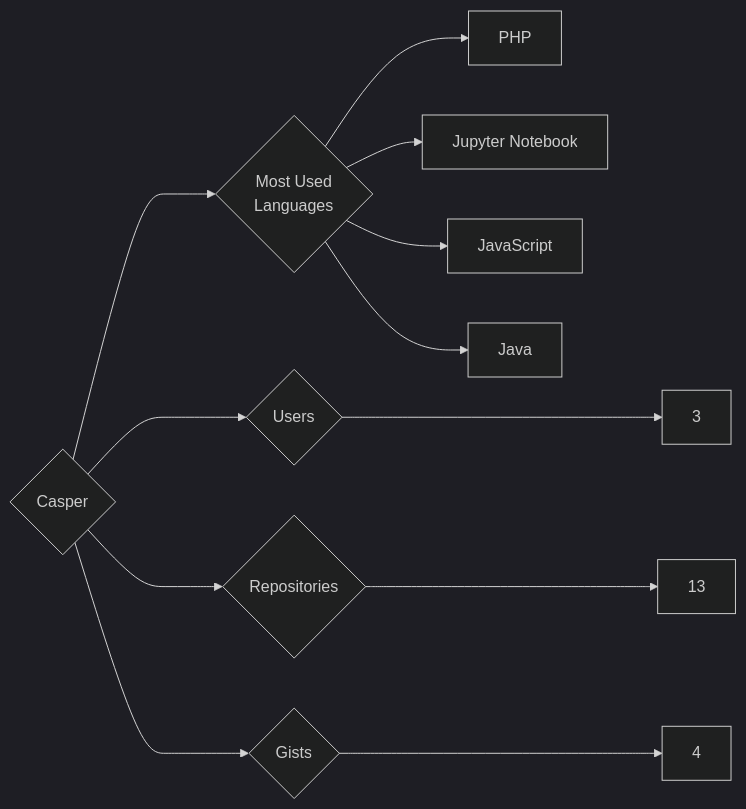
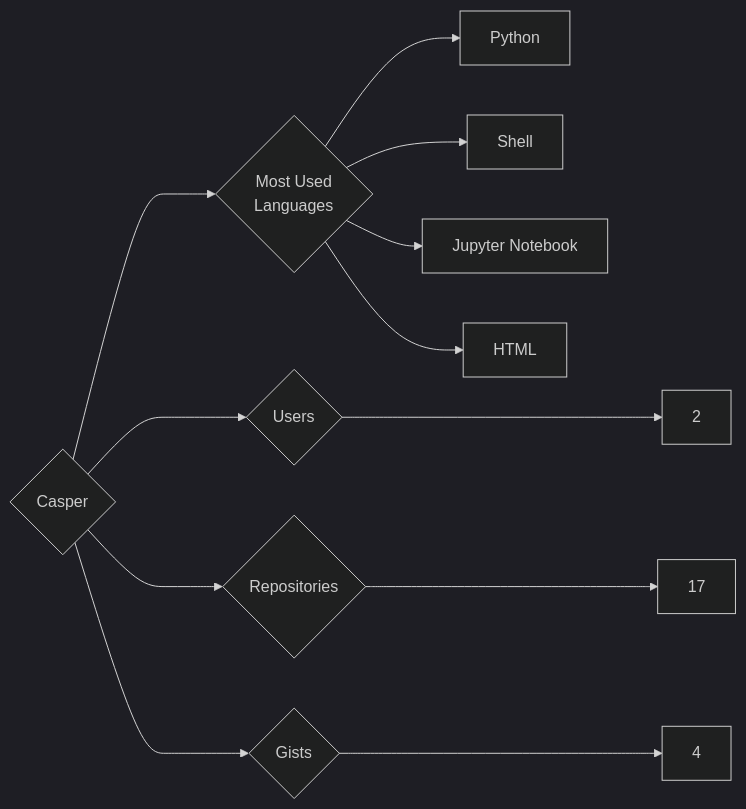
The diagram in targets/Casper/README.md (trickest/insiders), drawn with Mermaid (dark theme) before and after one commit. The commit also changed 1123 other files, not shown here.

````diff
--- a/targets/Casper/README.md
+++ b/targets/Casper/README.md
@@ -3,12 +3,12 @@
 ```mermaid
 graph LR
 COMPANY_NAME{Casper}
-COMPANY_NAME ---> U{Users} ---> UN[3]
-COMPANY_NAME ---> R{Repositories} ---> RN[13]
+COMPANY_NAME ---> U{Users} ---> UN[2]
+COMPANY_NAME ---> R{Repositories} ---> RN[17]
 COMPANY_NAME ---> G{Gists} ---> GN[4]
 COMPANY_NAME ---> ML{Most Used<br>Languages}
-ML --> PHP[PHP]
+ML --> Python[Python]
+ML --> Shell[Shell]
 ML --> Jupyter_Notebook[Jupyter Notebook]
-ML --> JavaScript[JavaScript]
-ML --> Java[Java]
+ML --> HTML[HTML]
 ```
````
